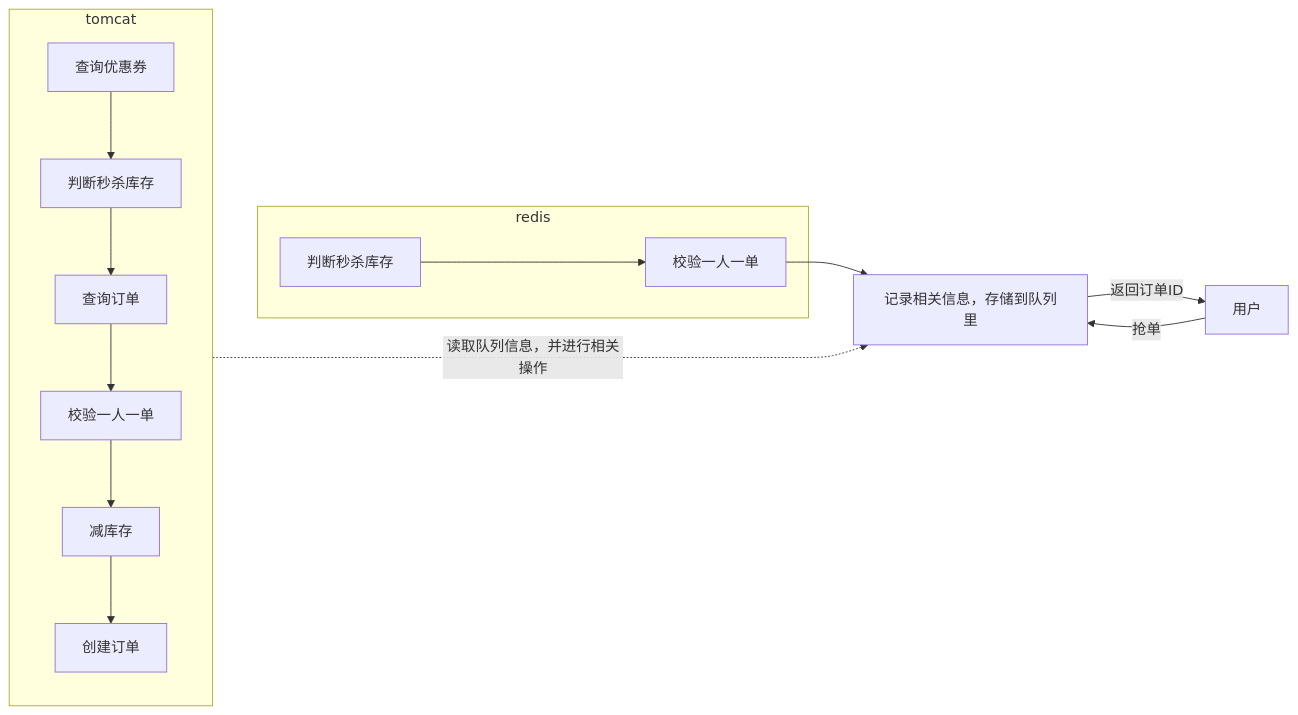
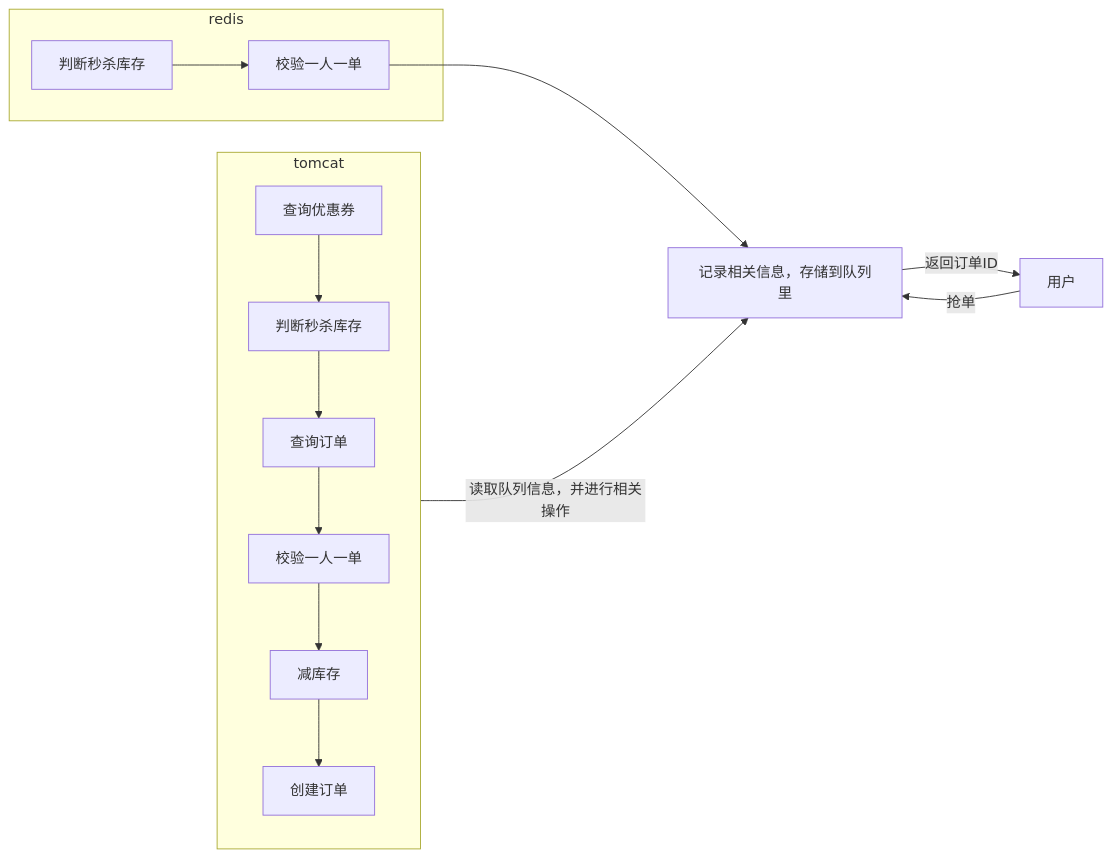
The seventh of 9 diagrams in source/_posts/redis-2.md (Ivanclf/Ivanclf.github.io), drawn with Mermaid before and after one commit. The commit also changed other lines of this file and 26 other files, not shown here.

````diff
--- a/source/_posts/redis-2.md
+++ b/source/_posts/redis-2.md
@@ -146,19 +164,19 @@
 ```mermaid
 flowchart LR
 a[查询优惠券]
 b[判断秒杀库存]
 c[查询订单]
 d[校验一人一单]
 e[减库存]
 f[创建订单]
-    subgraph redis
-    A[判断秒杀库存]-->B[校验一人一单]
+    subgraph r[redis]
+        A[判断秒杀库存]-->B[校验一人一单]
     end
-    B-->C[记录相关信息，存储到队列里]
-    C-->|返回订单ID|D[用户]
-    D-->|抢单|C
-    subgraph tomcat
-    a-->b-->c-->d-->e-->f
+        B-->C[记录相关信息，存储到队列里]
+        C-->|返回订单ID|D[用户]
+        D-->|抢单|C
+    subgraph t[tomcat]
+        a-->b-->c-->d-->e-->f
     end
-    tomcat-...->|读取队列信息，并进行相关操作|C
+    t-->|读取队列信息，并进行相关操作|C
 ```
````
